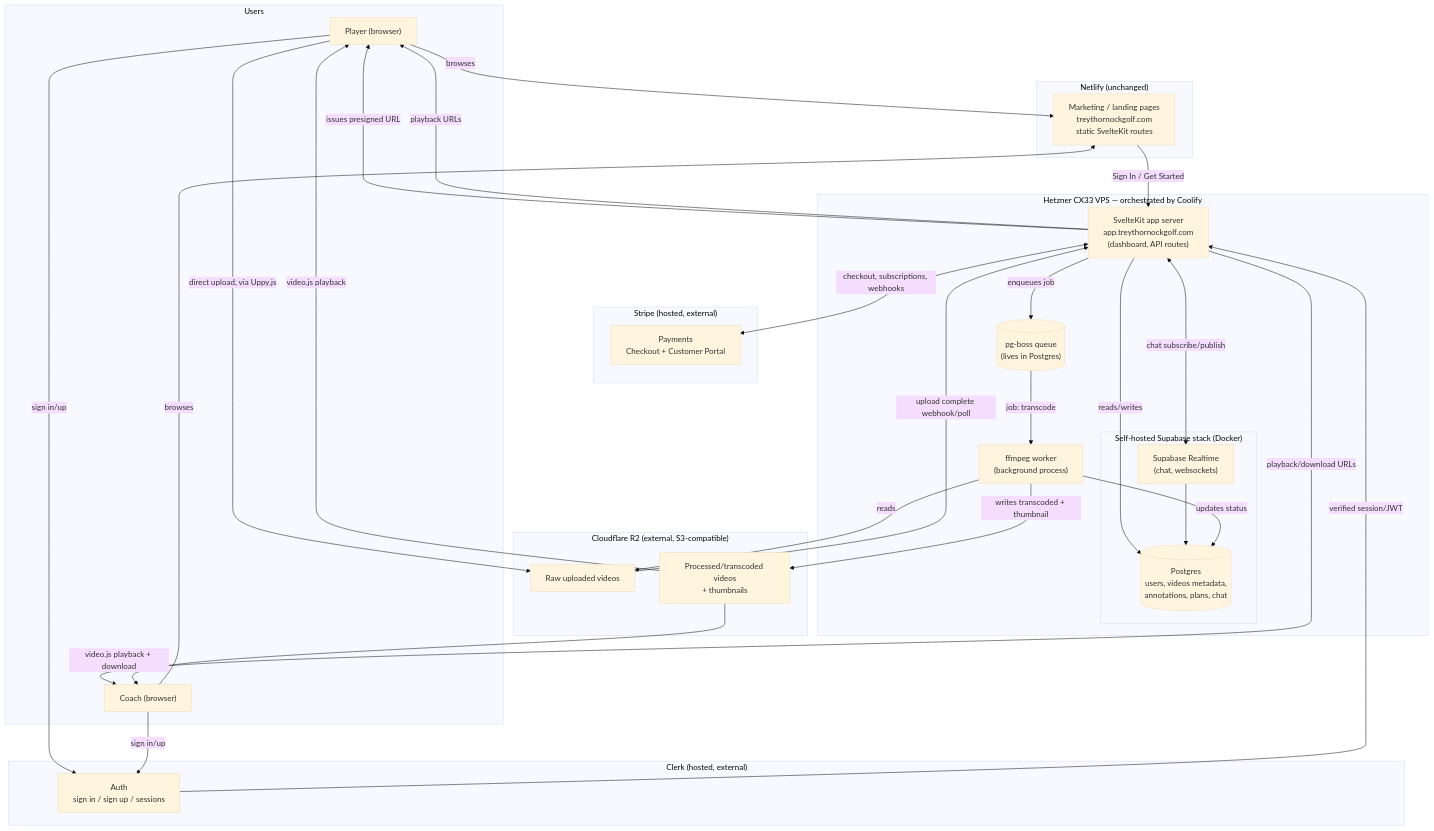
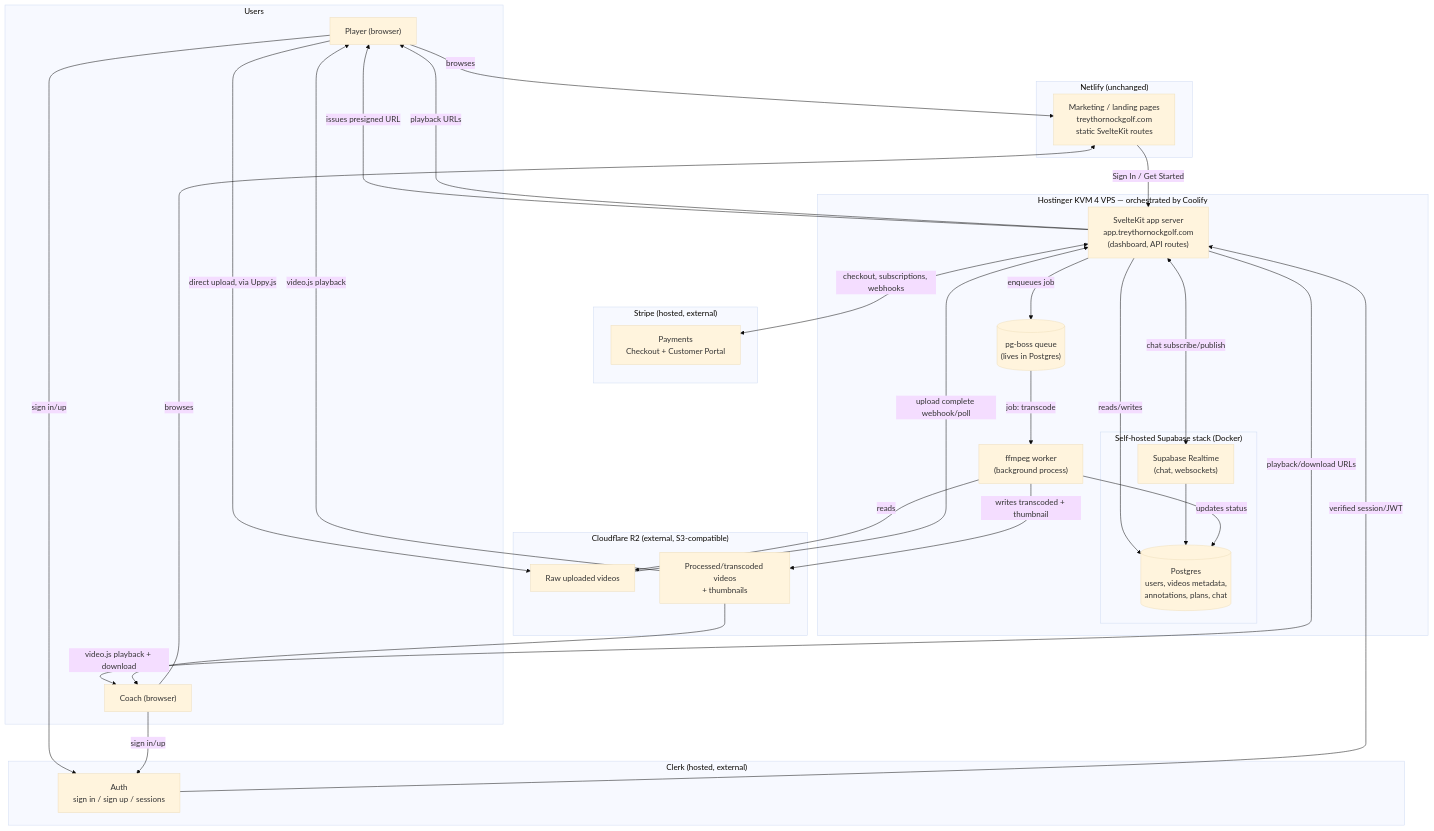
Before and after one commit to thornockgolf/Trey-Thornock-Golf: the diagram in ARCHITECTURE.md, drawn with Mermaid (base theme). The commit also changed other lines of this file and 3 other files, not shown here.

Commit message:
Switch hosting from Hetzner to Hostinger KVM 4 and add .gitignore

````diff
--- a/ARCHITECTURE.md
+++ b/ARCHITECTURE.md
@@ -7,64 +7,64 @@
 ```mermaid
 flowchart TB
     subgraph Users["Users"]
         Player["Player (browser)"]
         Coach["Coach (browser)"]
     end
 
     subgraph Netlify["Netlify (unchanged)"]
         Marketing["Marketing / landing pages\ntreythornockgolf.com\nstatic SvelteKit routes"]
     end
 
     subgraph Clerk["Clerk (hosted, external)"]
         Auth["Auth\nsign in / sign up / sessions"]
     end
 
     subgraph Stripe["Stripe (hosted, external)"]
         Payments["Payments\nCheckout + Customer Portal"]
     end
 
     subgraph R2["Cloudflare R2 (external, S3-compatible)"]
         RawVideo["Raw uploaded videos"]
         ProcessedVideo["Processed/transcoded videos\n+ thumbnails"]
     end
 
-    subgraph VPS["Hetzner CX33 VPS — orchestrated by Coolify"]
+    subgraph VPS["Hostinger KVM 4 VPS — orchestrated by Coolify"]
         App["SvelteKit app server\napp.treythornockgolf.com\n(dashboard, API routes)"]
 
         subgraph Supabase["Self-hosted Supabase stack (Docker)"]
             Postgres[("Postgres\nusers, videos metadata,\nannotations, plans, chat")]
             Realtime["Supabase Realtime\n(chat, websockets)"]
         end
 
         Queue[("pg-boss queue\n(lives in Postgres)")]
         Worker["ffmpeg worker\n(background process)"]
     end
 
     Player -->|browses| Marketing
     Coach -->|browses| Marketing
     Marketing -->|"Sign In / Get Started"| App
 
     Player -->|sign in/up| Auth
     Coach -->|sign in/up| Auth
     Auth -->|verified session/JWT| App
 
     App -->|reads/writes| Postgres
     App <-->|chat subscribe/publish| Realtime
     Realtime --> Postgres
 
     App -->|issues presigned URL| Player
     Player -->|direct upload, via Uppy.js| RawVideo
     RawVideo -->|upload complete webhook/poll| App
     App -->|enqueues job| Queue
     Queue -->|job: transcode| Worker
     Worker -->|reads| RawVideo
     Worker -->|writes transcoded + thumbnail| ProcessedVideo
     Worker -->|updates status| Postgres
 
     App -->|playback URLs| Player
     App -->|playback/download URLs| Coach
     ProcessedVideo -->|video.js playback| Player
     ProcessedVideo -->|video.js playback + download| Coach
 
     App <-->|checkout, subscriptions, webhooks| Payments
 ```
````
